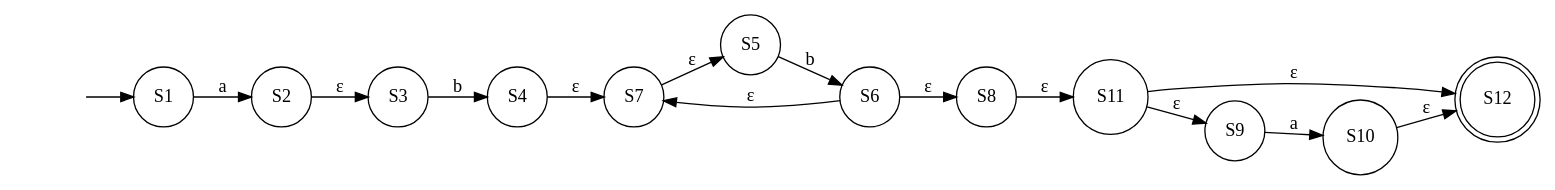
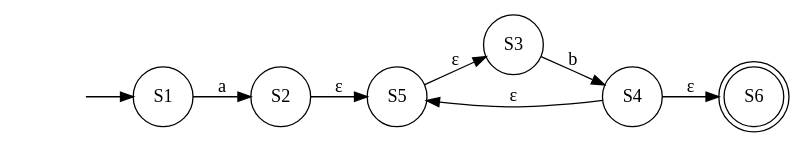
One commit to ZiadSheriif/AutoMajestic changed the diagram in output/nfa/nfa.gv. Above: the diagram before and after it, drawn with Graphviz. The commit also changed 34 other files, not shown here.

```diff
--- a/output/nfa/nfa.gv
+++ b/output/nfa/nfa.gv
@@ -1,30 +1,17 @@
 digraph NFA {
 	"" [shape=none]
 	"" -> S1
 	S1 [shape=circle]
 	S1 -> S2 [label=a]
-	S10 [shape=circle]
-	S10 -> S12 [label="ε"]
-	S11 [shape=circle]
-	S11 -> S9 [label="ε"]
-	S11 -> S12 [label="ε"]
-	S12 [shape=doublecircle]
 	S2 [shape=circle]
-	S2 -> S3 [label="ε"]
+	S2 -> S5 [label="ε"]
 	S3 [shape=circle]
 	S3 -> S4 [label=b]
 	S4 [shape=circle]
-	S4 -> S7 [label="ε"]
+	S4 -> S5 [label="ε"]
+	S4 -> S6 [label="ε"]
 	S5 [shape=circle]
-	S5 -> S6 [label=b]
-	S6 [shape=circle]
-	S6 -> S7 [label="ε"]
-	S6 -> S8 [label="ε"]
-	S7 [shape=circle]
-	S7 -> S5 [label="ε"]
-	S8 [shape=circle]
-	S8 -> S11 [label="ε"]
-	S9 [shape=circle]
-	S9 -> S10 [label=a]
+	S5 -> S3 [label="ε"]
+	S6 [shape=doublecircle]
 	rankdir=LR
 }
```
